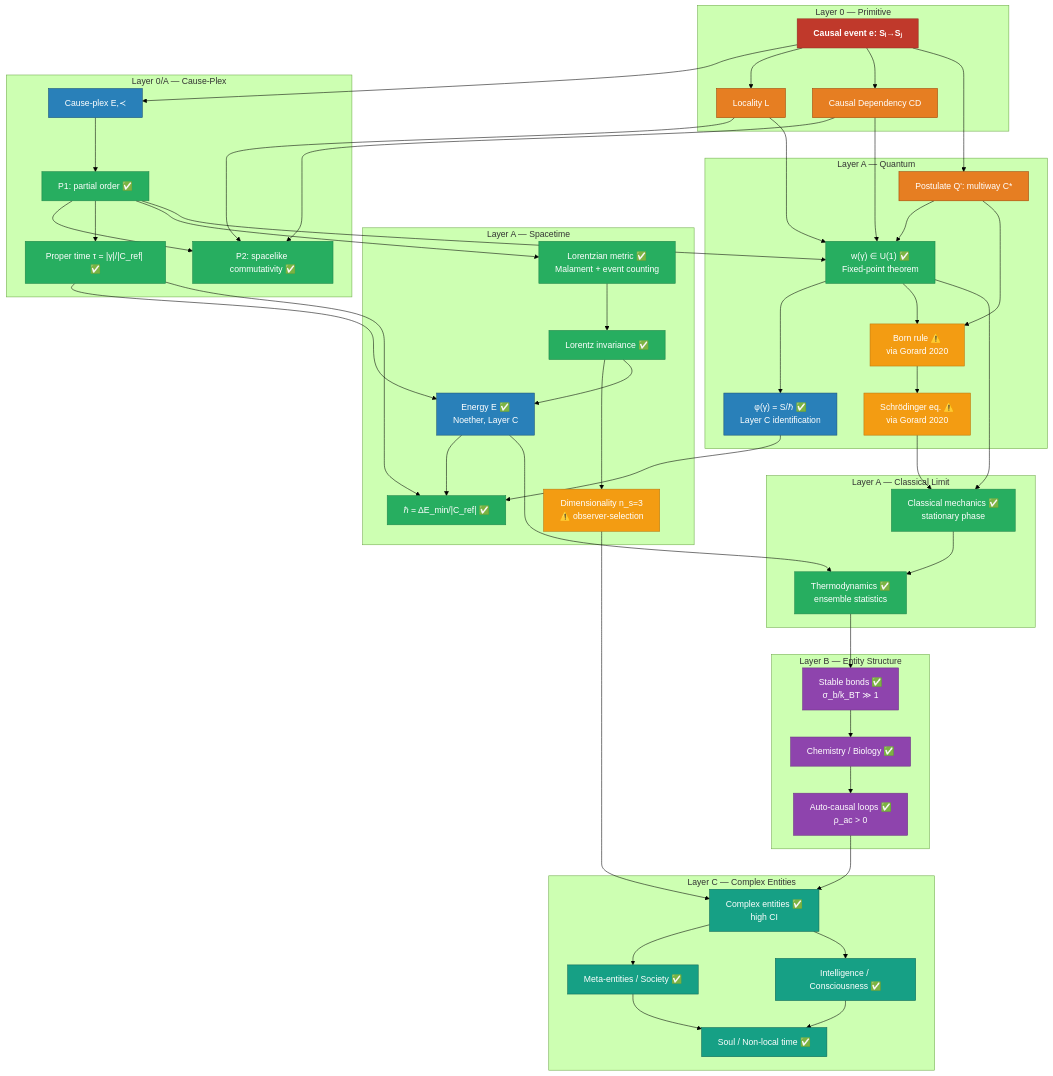
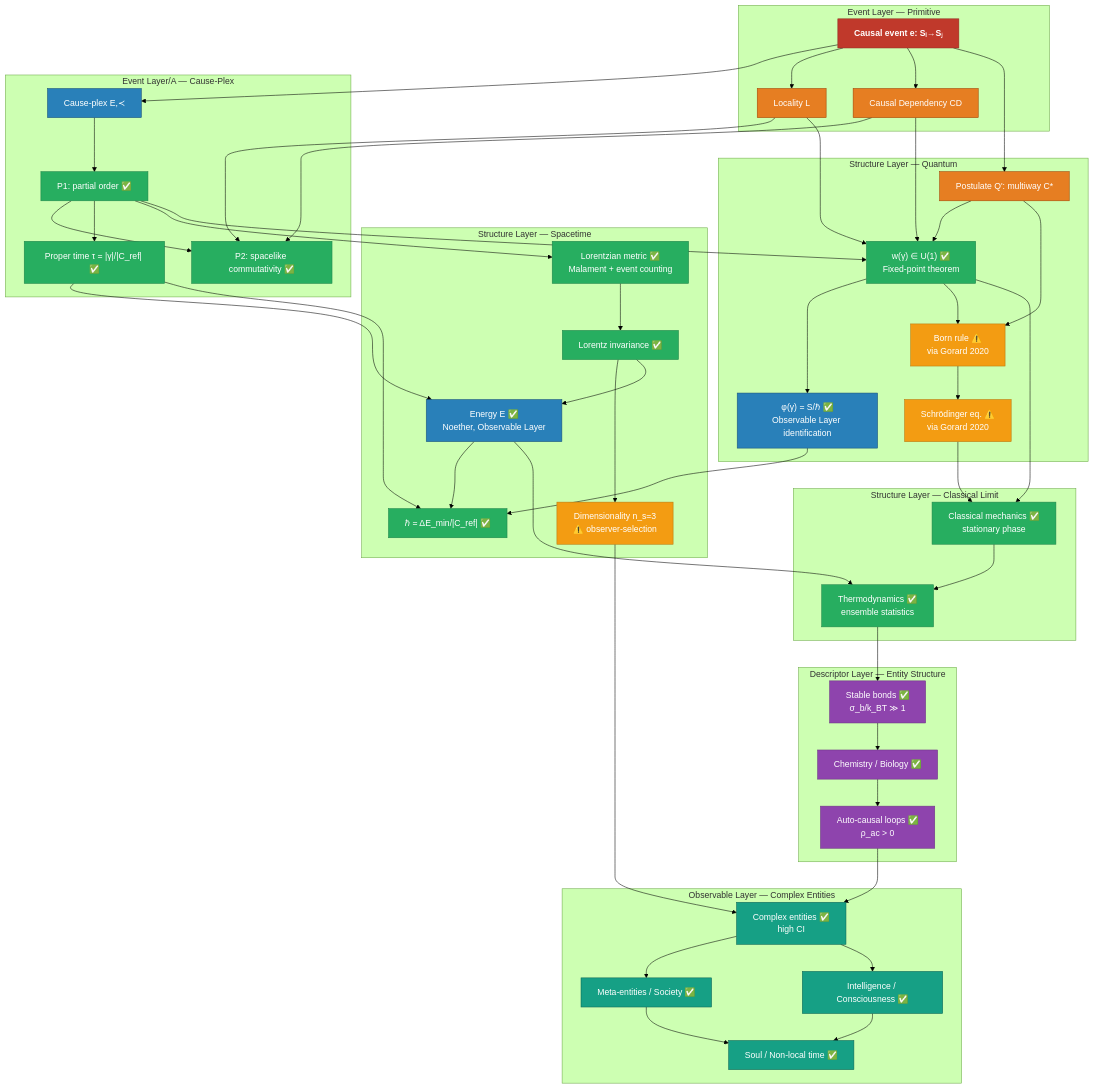
Before and after one commit to ianderrington/epiphysics: the second of 2 diagrams in docs/theory/series_map.md, drawn with Mermaid (forest theme). The commit also changed other lines of this file and 10 other files, not shown here.

```diff
--- a/docs/theory/series_map.md
+++ b/docs/theory/series_map.md
@@ -125,47 +125,47 @@
     classDef layerB fill:#8e44ad,color:#fff,stroke:#6c3483
     classDef layerC fill:#16a085,color:#fff,stroke:#0e6655
 
-    subgraph L0["Layer 0 — Primitive"]
+    subgraph L0["Event Layer — Primitive"]
         P0["Causal event e: Sᵢ→Sⱼ"]:::primitive
         L["Locality L"]:::postulate
         CD["Causal Dependency CD"]:::postulate
     end
 
-    subgraph LA1["Layer 0/A — Cause-Plex"]
+    subgraph LA1["Event Layer/A — Cause-Plex"]
         CP["Cause-plex E,≺"]:::definition
         P1["P1: partial order ✅"]:::proved
         P2["P2: spacelike commutativity ✅"]:::proved
         TIME["Proper time τ = |γ|/|C_ref| ✅"]:::proved
     end
 
-    subgraph LA2["Layer A — Spacetime"]
+    subgraph LA2["Structure Layer — Spacetime"]
         MET["Lorentzian metric ✅<br/>Malament + event counting"]:::proved
         LOR["Lorentz invariance ✅"]:::proved
         DIM["Dimensionality n_s=3<br/>⚠️ observer-selection"]:::conditional
-        EN["Energy E ✅<br/>Noether, Layer C"]:::definition
+        EN["Energy E ✅<br/>Noether, Observable Layer"]:::definition
         HBAR["ℏ = ΔE_min/|C_ref| ✅"]:::proved
     end
 
-    subgraph LA3["Layer A — Quantum"]
+    subgraph LA3["Structure Layer — Quantum"]
         QP["Postulate Q': multiway C*"]:::postulate
         U1["w(γ) ∈ U(1) ✅<br/>Fixed-point theorem"]:::proved
-        PHI["φ(γ) = S/ℏ ✅<br/>Layer C identification"]:::definition
+        PHI["φ(γ) = S/ℏ ✅<br/>Observable Layer identification"]:::definition
         BORN["Born rule ⚠️<br/>via Gorard 2020"]:::conditional
         SCHRO["Schrödinger eq. ⚠️<br/>via Gorard 2020"]:::conditional
     end
 
-    subgraph LA4["Layer A — Classical Limit"]
+    subgraph LA4["Structure Layer — Classical Limit"]
         CM["Classical mechanics ✅<br/>stationary phase"]:::proved
         TD["Thermodynamics ✅<br/>ensemble statistics"]:::proved
     end
 
-    subgraph LB["Layer B — Entity Structure"]
+    subgraph LB["Descriptor Layer — Entity Structure"]
         BONDS["Stable bonds ✅<br/>σ_b/k_BT ≫ 1"]:::layerB
         LOOPS["Auto-causal loops ✅<br/>ρ_ac > 0"]:::layerB
         CHEM["Chemistry / Biology ✅"]:::layerB
     end
 
-    subgraph LC["Layer C — Complex Entities"]
+    subgraph LC["Observable Layer — Complex Entities"]
         CE["Complex entities ✅<br/>high CI"]:::layerC
         ME["Meta-entities / Society ✅"]:::layerC
         IC["Intelligence / Consciousness ✅"]:::layerC
```
